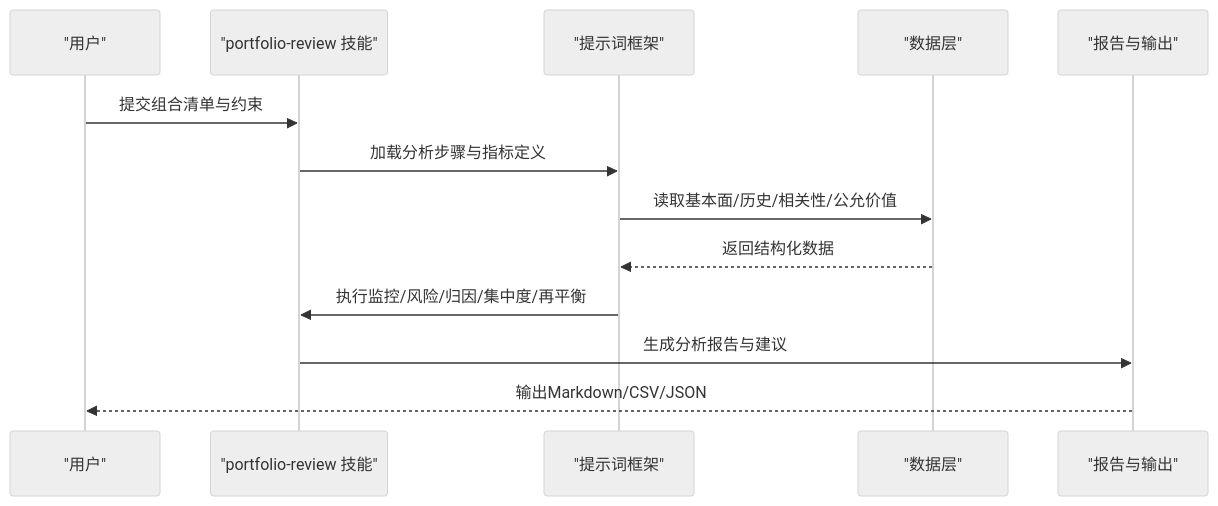
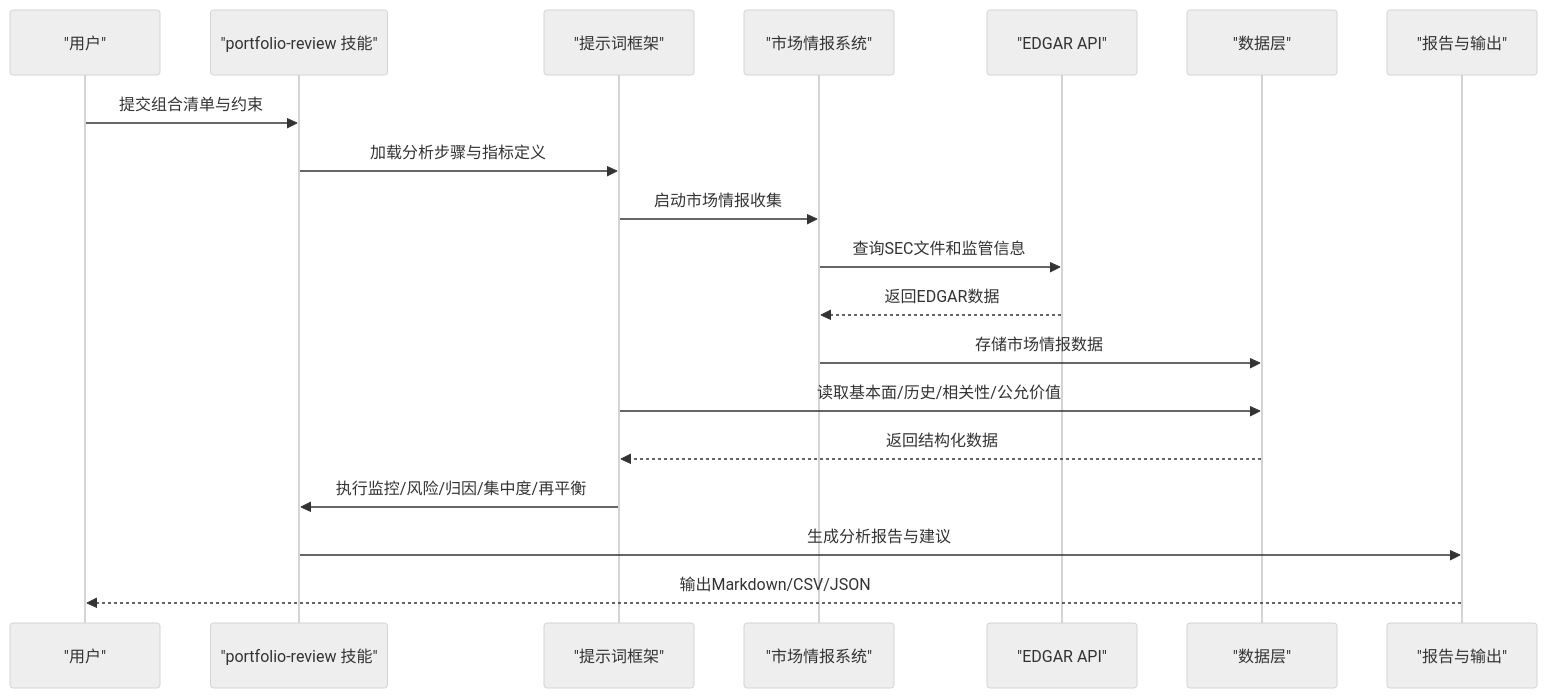
Before and after one commit to Ted-Engineer/ai-berkshire: the second of 10 diagrams in .qoder/repowiki/zh/content/AI技能系统/核心投资研究技能/投资组合审查技能.md, drawn with Mermaid (neutral theme). The commit also changed other lines of this file and 76 other files, not shown here.

````diff
--- a/.qoder/repowiki/zh/content/AI技能系统/核心投资研究技能/投资组合审查技能.md
+++ b/.qoder/repowiki/zh/content/AI技能系统/核心投资研究技能/投资组合审查技能.md
@@ -89,15 +99,21 @@
 ```mermaid
 sequenceDiagram
 participant U as "用户"
 participant S as "portfolio-review 技能"
 participant P as "提示词框架"
+participant M as "市场情报系统"
+participant E as "EDGAR API"
 participant D as "数据层"
 participant R as "报告与输出"
 U->>S : 提交组合清单与约束
 S->>P : 加载分析步骤与指标定义
+P->>M : 启动市场情报收集
+M->>E : 查询SEC文件和监管信息
+E-->>M : 返回EDGAR数据
+M->>D : 存储市场情报数据
 P->>D : 读取基本面/历史/相关性/公允价值
 D-->>P : 返回结构化数据
 P->>S : 执行监控/风险/归因/集中度/再平衡
 S->>R : 生成分析报告与建议
 R-->>U : 输出Markdown/CSV/JSON
 ```
````
